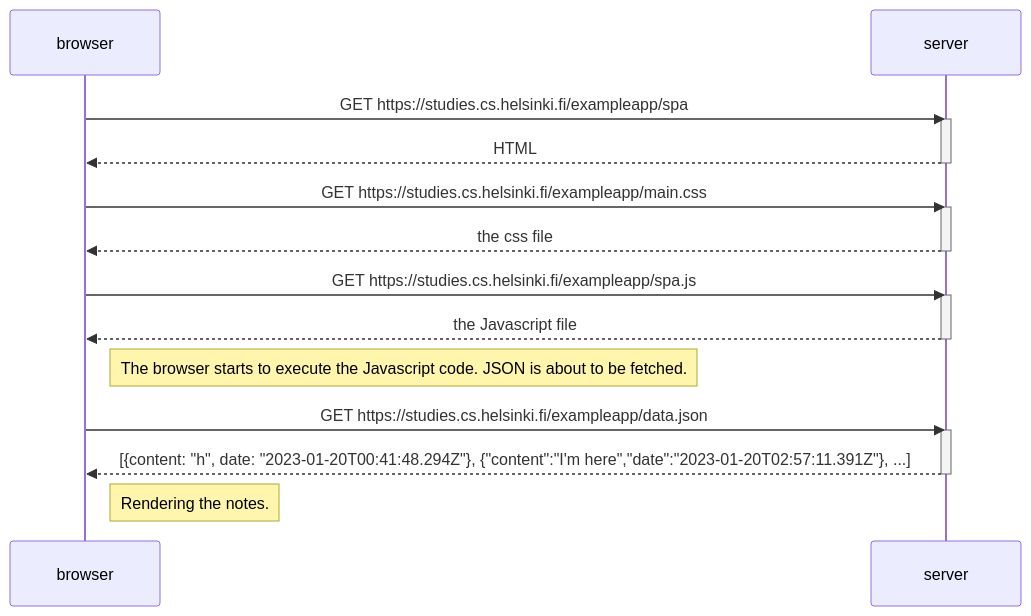
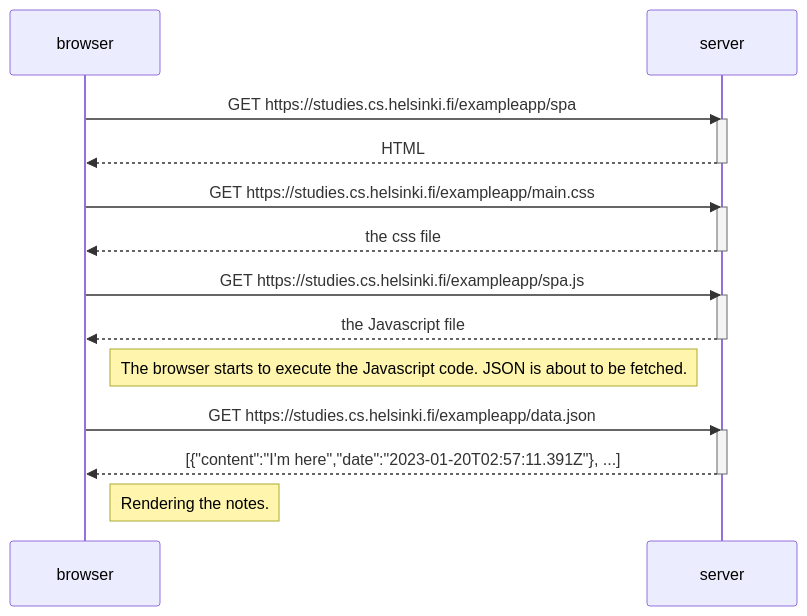
The diagram in 0_5.md (Tunturihaukka/fullstack0), drawn with Mermaid before and after one commit.

````diff
--- a/0_5.md
+++ b/0_5.md
@@ -1,30 +1,30 @@
 ```mermaid
 sequenceDiagram
     participant browser
     participant server
     
     browser->>server: GET https://studies.cs.helsinki.fi/exampleapp/spa
     activate server
     server-->>browser: HTML
     deactivate server
     
     browser->>server: GET https://studies.cs.helsinki.fi/exampleapp/main.css
     activate server
     server-->>browser: the css file
     deactivate server
     
     browser->>server: GET https://studies.cs.helsinki.fi/exampleapp/spa.js
     activate server
     server-->>browser: the Javascript file
     deactivate server
     
     Note right of browser: The browser starts to execute the Javascript code. JSON is about to be fetched.
     
     browser->>server: GET https://studies.cs.helsinki.fi/exampleapp/data.json
     activate server
-    server-->>browser: [{content: "h", date: "2023-01-20T00:41:48.294Z"}, {"content":"I'm here","date":"2023-01-20T02:57:11.391Z"}, ...]
+    server-->>browser: [{"content":"I'm here","date":"2023-01-20T02:57:11.391Z"}, ...]
     deactivate server   
 
 
     Note right of browser: Rendering the notes.
 ```
````
